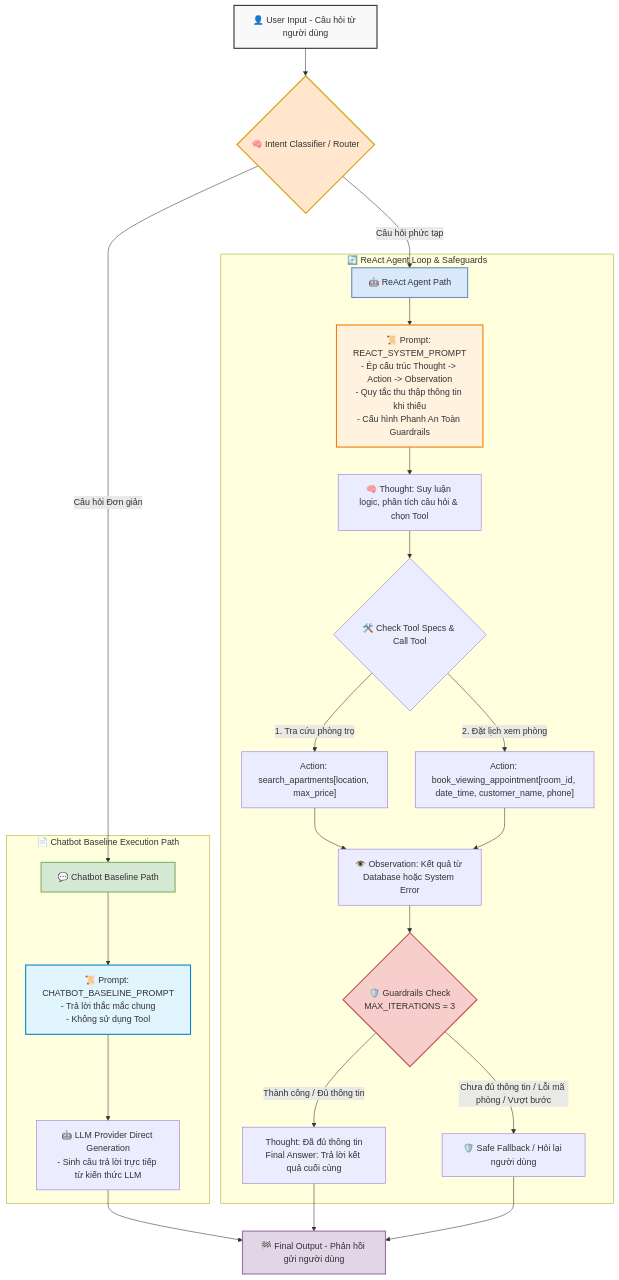
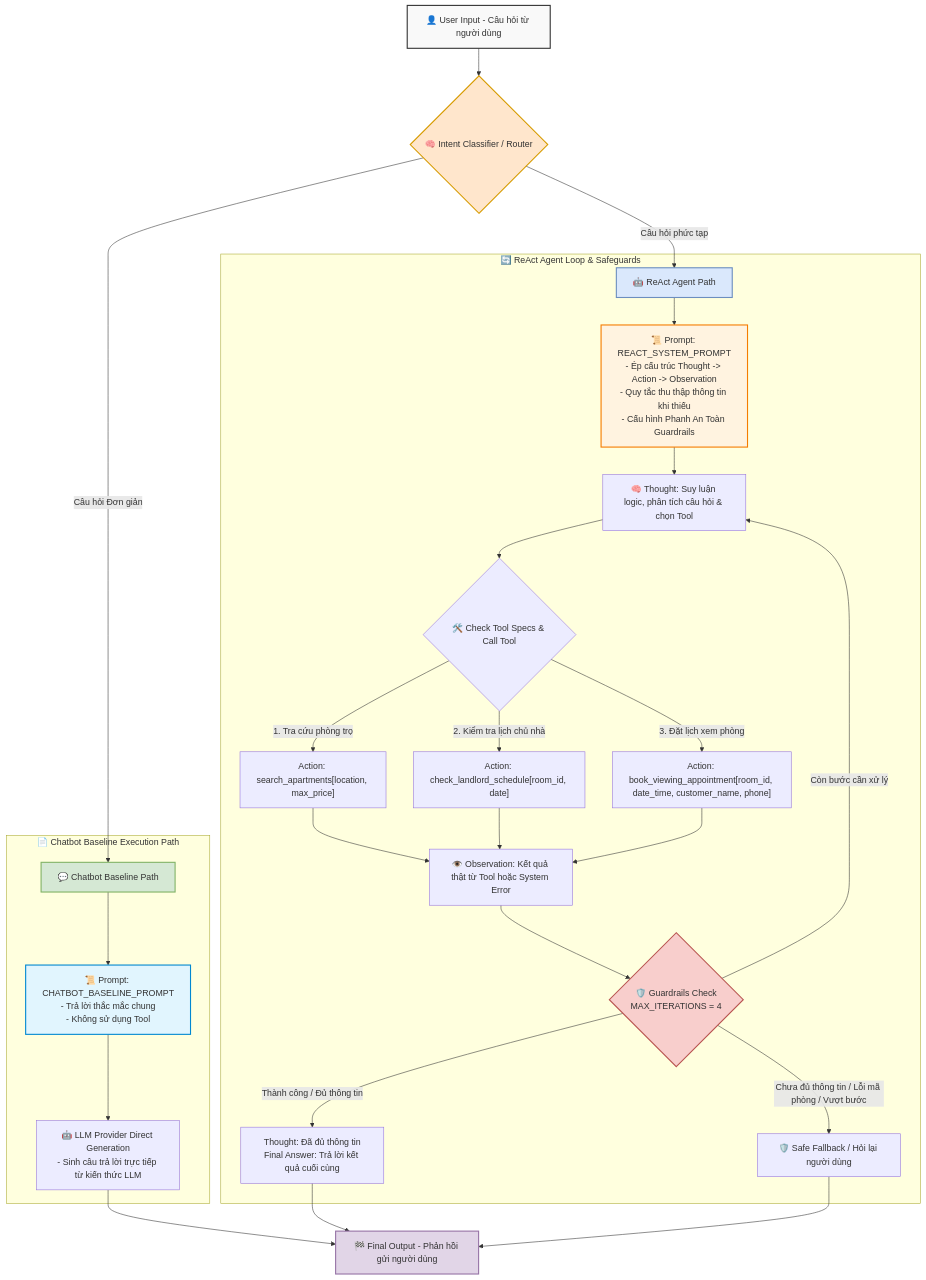
Before and after one commit to TranDuyKhanh20215213/K4-Day03-A1-1-E403: the diagram in docs/hybrid_flowchart.mermaid, drawn with Mermaid. The commit also changed 2 other files, not shown here.

```diff
--- a/docs/hybrid_flowchart.mermaid
+++ b/docs/hybrid_flowchart.mermaid
@@ -1,47 +1,50 @@
 flowchart TD
     %% 🌟 SƠ ĐỒ HYBRID FLOWCHART ARCHITECTURE (ĐỀ TÀI 10: TRỢ LÝ TÌM & ĐẶT LỊCH XEM NHÀ TRỌ)
     
     A["👤 User Input - Câu hỏi từ người dùng"] --> B{"🧠 Intent Classifier / Router"}
 
     %% 🟢 ROUTE 1: SIMPLE CHATBOT PATH WITH CHATBOT_BASELINE_PROMPT
     B -- "Câu hỏi Đơn giản" --> C["💬 Chatbot Baseline Path"]
     
     subgraph ChatbotPath ["📄 Chatbot Baseline Execution Path"]
         C --> C1["📜 Prompt: CHATBOT_BASELINE_PROMPT<br/>- Trả lời thắc mắc chung<br/>- Không sử dụng Tool"]
         C1 --> C2["🤖 LLM Provider Direct Generation<br/>- Sinh câu trả lời trực tiếp từ kiến thức LLM"]
     end
     
     C2 --> Z["🏁 Final Output - Phản hồi gửi người dùng"]
 
     %% 🟡 ROUTE 2: REACT AGENT PATH WITH REACT_SYSTEM_PROMPT
     B -- "Câu hỏi phức tạp" --> D["🤖 ReAct Agent Path"]
     
     subgraph ReActPath ["🔄 ReAct Agent Loop & Safeguards"]
         D --> D1["📜 Prompt: REACT_SYSTEM_PROMPT<br/>- Ép cấu trúc Thought -> Action -> Observation<br/>- Quy tắc thu thập thông tin khi thiếu<br/>- Cấu hình Phanh An Toàn Guardrails"]
         D1 --> E["🧠 Thought: Suy luận logic, phân tích câu hỏi & chọn Tool"]
         E --> F{"🛠️ Check Tool Specs & Call Tool"}
         
         F -- "1. Tra cứu phòng trọ" --> G["Action: search_apartments[location, max_price]"]
-        F -- "2. Đặt lịch xem phòng" --> H["Action: book_viewing_appointment[room_id, date_time, customer_name, phone]"]
+        F -- "2. Kiểm tra lịch chủ nhà" --> H["Action: check_landlord_schedule[room_id, date]"]
+        F -- "3. Đặt lịch xem phòng" --> I["Action: book_viewing_appointment[room_id, date_time, customer_name, phone]"]
         
-        G --> I["👁️ Observation: Kết quả từ Database hoặc System Error"]
-        H --> I
+        G --> O["👁️ Observation: Kết quả thật từ Tool hoặc System Error"]
+        H --> O
+        I --> O
         
-        I --> J{"🛡️ Guardrails Check<br/>MAX_ITERATIONS = 3"}
+        O --> J{"🛡️ Guardrails Check<br/>MAX_ITERATIONS = 4"}
         
+        J -- "Còn bước cần xử lý" --> E
         J -- "Thành công / Đủ thông tin" --> K["Thought: Đã đủ thông tin<br/>Final Answer: Trả lời kết quả cuối cùng"]
         J -- "Chưa đủ thông tin / Lỗi mã phòng / Vượt bước" --> L["🛡️ Safe Fallback / Hỏi lại người dùng"]
     end
 
     K --> Z
     L --> Z
     
     %% Styles
     style A fill:#f9f9f9,stroke:#333,stroke-width:2px
     style B fill:#ffe6cc,stroke:#d79b00,stroke-width:2px
     style C fill:#d5e8d4,stroke:#82b366,stroke-width:2px
     style C1 fill:#e1f5fe,stroke:#0288d1,stroke-width:2px
     style D fill:#dae8fc,stroke:#6c8ebf,stroke-width:2px
     style D1 fill:#fff3e0,stroke:#f57c00,stroke-width:2px
     style J fill:#f8cecc,stroke:#b85450,stroke-width:2px
     style Z fill:#e1d5e7,stroke:#9673a6,stroke-width:2px
```
